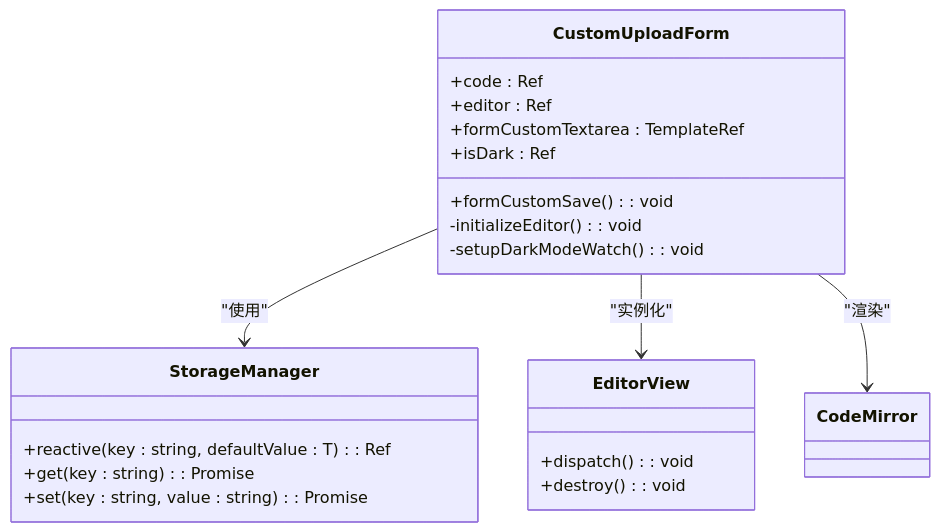
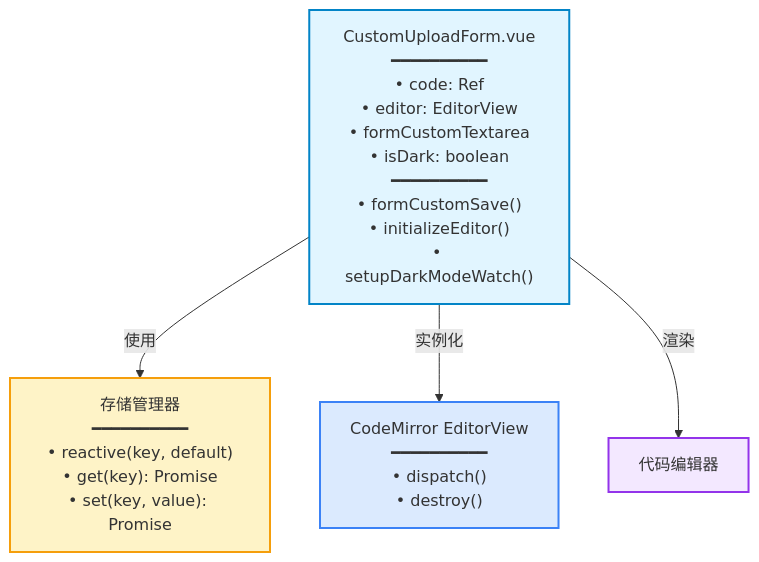
Before and after one commit to alwaysgot200/multipost-wechat-markdown-editor: the third of 6 diagrams in .qoder/repowiki/zh/content/媒体资源管理/自定义上传.md, drawn with Mermaid. The commit also changed other lines of this file and 10 other files, not shown here.

First line of the commit message:
docs(diagrams): 优化项目文档中的mermaid图表格式与样式

````diff
--- a/.qoder/repowiki/zh/content/媒体资源管理/自定义上传.md
+++ b/.qoder/repowiki/zh/content/媒体资源管理/自定义上传.md
@@ -115,24 +115,19 @@
 ```mermaid
-classDiagram
-class CustomUploadForm {
-+code : Ref<string>
-+editor : Ref<EditorView>
-+formCustomTextarea : TemplateRef<HTMLDivElement>
-+isDark : Ref<boolean>
-+formCustomSave() : void
--initializeEditor() : void
--setupDarkModeWatch() : void
-}
-class StorageManager {
-+reactive(key : string, defaultValue : T) : Ref<T>
-+get(key : string) : Promise<string>
-+set(key : string, value : string) : Promise<void>
-}
-class EditorView {
-+dispatch() : void
-+destroy() : void
-}
-CustomUploadForm --> StorageManager : "使用"
-CustomUploadForm --> EditorView : "实例化"
-CustomUploadForm --> CodeMirror : "渲染"
+graph TB
+    CustomUploadForm["CustomUploadForm.vue<br/>━━━━━━━━━━<br/>• code: Ref<br/>• editor: EditorView<br/>• formCustomTextarea<br/>• isDark: boolean<br/>━━━━━━━━━━<br/>• formCustomSave()<br/>• initializeEditor()<br/>• setupDarkModeWatch()"]
+    
+    StorageManager["存储管理器<br/>━━━━━━━━━━<br/>• reactive(key, default)<br/>• get(key): Promise<br/>• set(key, value): Promise"]
+    
+    EditorView["CodeMirror EditorView<br/>━━━━━━━━━━<br/>• dispatch()<br/>• destroy()"]
+    
+    CodeMirror["代码编辑器"]
+    
+    CustomUploadForm -->|"使用"| StorageManager
+    CustomUploadForm -->|"实例化"| EditorView
+    CustomUploadForm -->|"渲染"| CodeMirror
+    
+    style CustomUploadForm fill:#e1f5ff,stroke:#0284c7,stroke-width:2px
+    style StorageManager fill:#fef3c7,stroke:#f59e0b,stroke-width:2px
+    style EditorView fill:#dbeafe,stroke:#3b82f6,stroke-width:2px
+    style CodeMirror fill:#f3e8ff,stroke:#9333ea,stroke-width:2px
 ```
````
